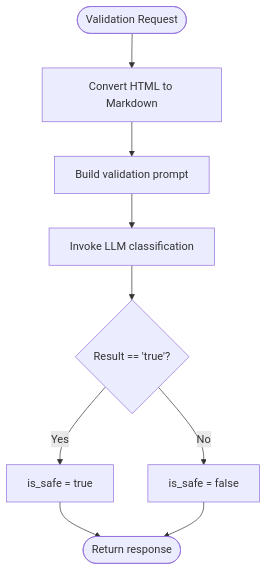
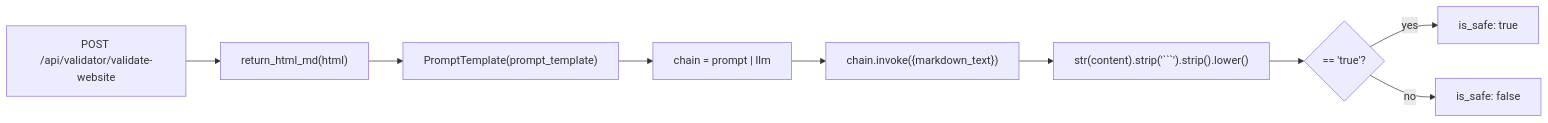
One commit to tashifkhan/tashif.codes changed the fifth of 6 diagrams in src/data/docs/agentic-browser/API Server/Website Processing API.md. Above: the diagram before and after it, drawn with Mermaid. The commit also changed other lines of this file and 114 other files, not shown here.

````diff
--- a/src/data/docs/agentic-browser/API Server/Website Processing API.md
+++ b/src/data/docs/agentic-browser/API Server/Website Processing API.md
@@ -144,11 +149,11 @@
 ```mermaid
-flowchart TD
-VStart(["Validation Request"]) --> ToMd["Convert HTML to Markdown"]
-ToMd --> BuildPrompt["Build validation prompt"]
-BuildPrompt --> InvokeLLM["Invoke LLM classification"]
-InvokeLLM --> Classify{"Result == 'true'?"}
-Classify --> |Yes| Safe["is_safe = true"]
-Classify --> |No| Unsafe["is_safe = false"]
-Safe --> VDone(["Return response"])
-Unsafe --> VDone
+flowchart LR
+  A["POST /api/validator/validate-website"] --> B["return_html_md(html)"]
+  B --> C["PromptTemplate(prompt_template)"]
+  C --> D["chain = prompt | llm"]
+  D --> E["chain.invoke({markdown_text})"]
+  E --> F["str(content).strip('```').strip().lower()"]
+  F --> G{"== 'true'?"}
+  G -->|"yes"| H["is_safe: true"]
+  G -->|"no"| I["is_safe: false"]
 ```
````
